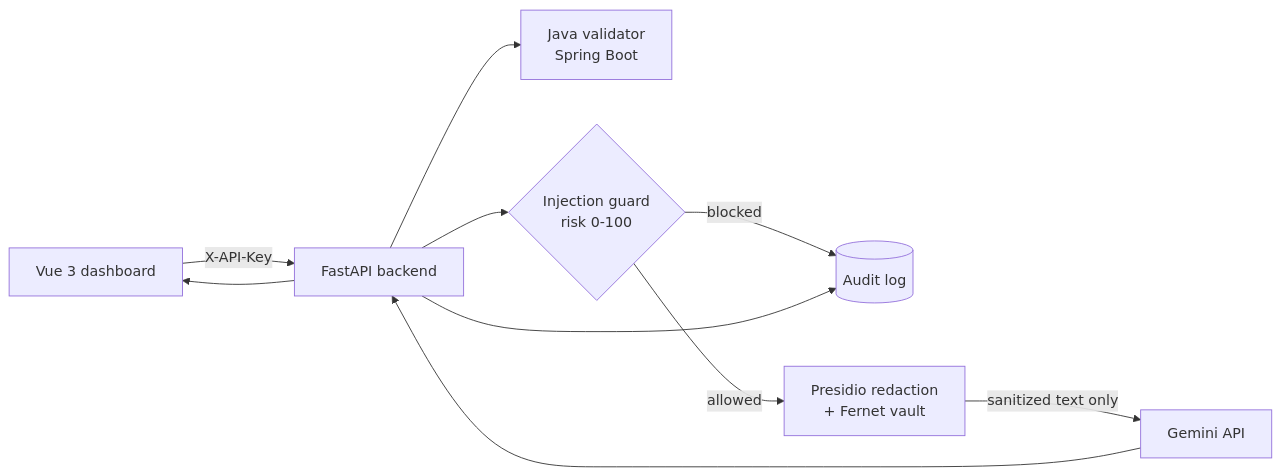
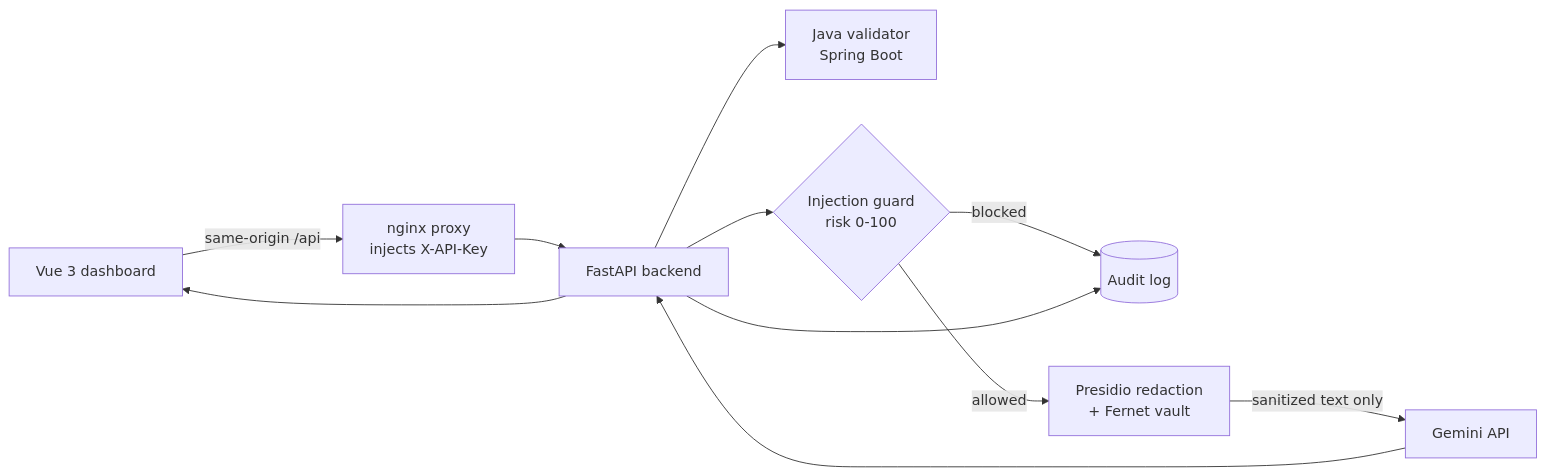
Before and after one commit to siliconsagenerd/securedoc-ai: the first of 2 diagrams in README.md, drawn with Mermaid. The commit also changed other lines of this file and 9 other files, not shown here.

First line of the commit message:
security: move API-key handling server-side and remove key from frontend bundle

````diff
--- a/README.md
+++ b/README.md
@@ -16,12 +16,13 @@
 ```mermaid
 flowchart LR
-    U[Vue 3 dashboard] -->|X-API-Key| F[FastAPI backend]
-    F --> J[Java validator<br/>Spring Boot]
-    F --> G{Injection guard<br/>risk 0-100}
+    U[Vue 3 dashboard] -->|same-origin /api| F[nginx proxy<br/>injects X-API-Key]
+    F --> B[FastAPI backend]
+    B --> J[Java validator<br/>Spring Boot]
+    B --> G{Injection guard<br/>risk 0-100}
     G -->|blocked| A[(Audit log)]
     G -->|allowed| P[Presidio redaction<br/>+ Fernet vault]
     P -->|sanitized text only| M[Gemini API]
-    M --> F
-    F --> A
-    F --> U
+    M --> B
+    B --> A
+    B --> U
 ```
````
